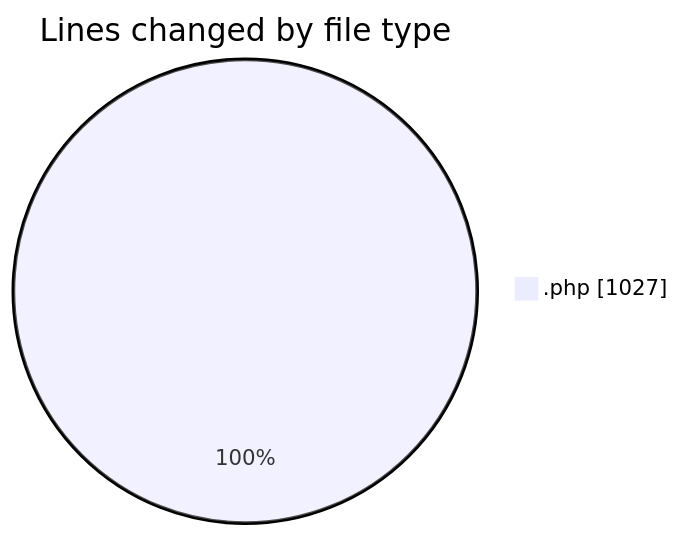
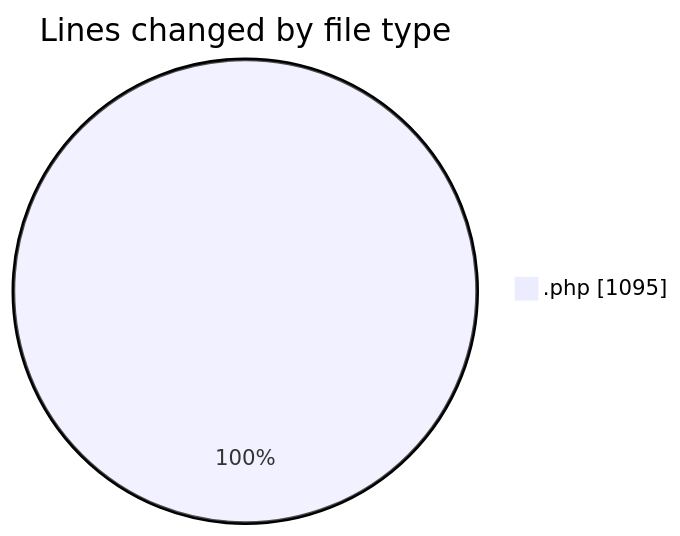
The first of 2 diagrams in 2025-01-14/oficina/README.md (LanceThiago/code-tracking), drawn with Mermaid before and after one commit. The commit also changed other lines of this file and 1 other file, not shown here.

````diff
--- a/2025-01-14/oficina/README.md
+++ b/2025-01-14/oficina/README.md
@@ -23,5 +23,5 @@
 ```mermaid
 pie showData
 title Lines changed by file type
-".php" : 1027
+".php" : 1095
 ```
````
